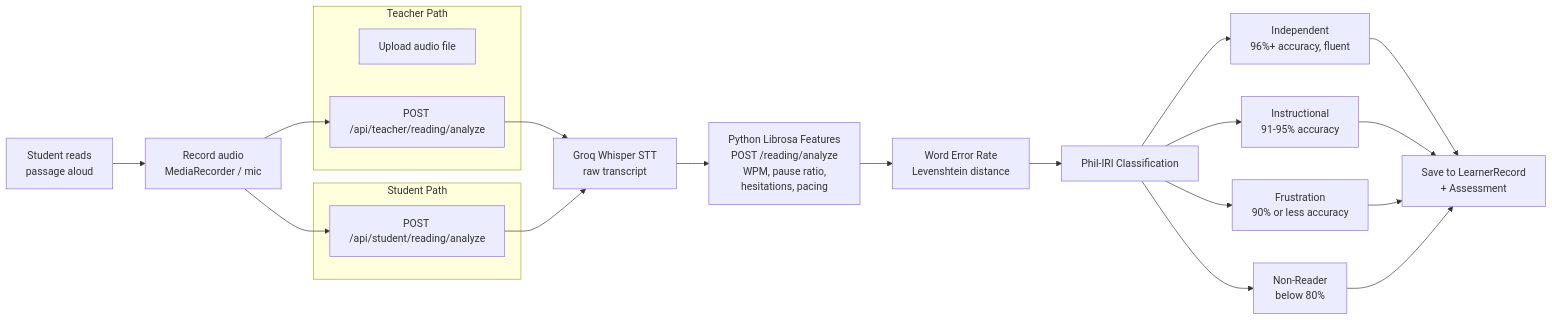
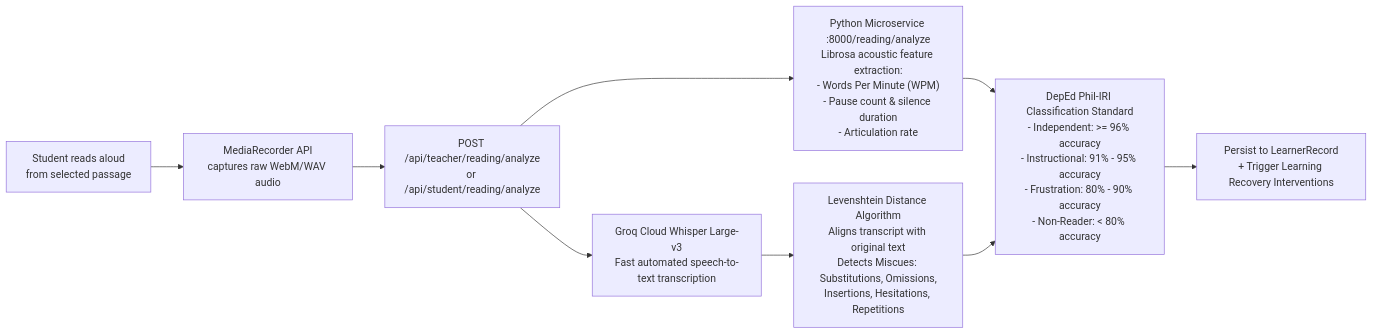
Before and after one commit to MPedrealba/AralSync: the fifth of 7 diagrams in SYSTEM_FLOW.md, drawn with Mermaid. The commit also changed other lines of this file and 24 other files, not shown here.

````diff
--- a/SYSTEM_FLOW.md
+++ b/SYSTEM_FLOW.md
@@ -193,39 +229,26 @@
 ```mermaid
 flowchart LR
-    Read["Student reads\npassage aloud"]
-    Rec["Record audio\nMediaRecorder / mic"]
+    Student["Student reads aloud\nfrom selected passage"]
+    Recorder["MediaRecorder API\ncaptures raw WebM/WAV audio"]
 
-    subgraph TeacherSide["Teacher Path"]
-        T_Upload["Upload audio file"]
-        T_Analyze["POST /api/teacher/reading/analyze"]
-    end
+    APICall["POST /api/teacher/reading/analyze\nor /api/student/reading/analyze"]
 
-    subgraph StudentSide["Student Path"]
-        S_Analyze["POST /api/student/reading/analyze"]
-    end
+    GroqWhisper["Groq Cloud Whisper Large-v3\nFast automated speech-to-text transcription"]
 
-    Whisper["Groq Whisper STT\nraw transcript"]
-    Features["Python Librosa Features\nPOST /reading/analyze\nWPM, pause ratio,\nhesitations, pacing"]
-    WER["Word Error Rate\nLevenshtein distance"]
-    PhilIRI["Phil-IRI Classification"]
-    Store["Save to LearnerRecord\n+ Assessment"]
+    Librosa["Python Microservice :8000/reading/analyze\nLibrosa acoustic feature extraction:\n- Words Per Minute (WPM)\n- Pause count & silence duration\n- Articulation rate"]
 
-    Read --> Rec
-    Rec --> T_Analyze
-    Rec --> S_Analyze
-    T_Analyze --> Whisper
-    S_Analyze --> Whisper
-    Whisper --> Features
-    Features --> WER
+    WER["Levenshtein Distance Algorithm\nAligns transcript with original text\nDetects Miscues: Substitutions, Omissions,\nInsertions, Hesitations, Repetitions"]
+
+    PhilIRI["DepEd Phil-IRI Classification Standard\n- Independent: >= 96% accuracy\n- Instructional: 91% - 95% accuracy\n- Frustration: 80% - 90% accuracy\n- Non-Reader: < 80% accuracy"]
+
+    Save["Persist to LearnerRecord\n+ Trigger Learning Recovery Interventions"]
+
+    Student --> Recorder
+    Recorder --> APICall
+    APICall --> GroqWhisper
+    APICall --> Librosa
+    GroqWhisper --> WER
+    Librosa --> PhilIRI
     WER --> PhilIRI
-
-    PhilIRI --> Ind["Independent\n96%+ accuracy, fluent"]
-    PhilIRI --> Ins["Instructional\n91-95% accuracy"]
-    PhilIRI --> Fru["Frustration\n90% or less accuracy"]
-    PhilIRI --> NR["Non-Reader\nbelow 80%"]
-
-    Ind --> Store
-    Ins --> Store
-    Fru --> Store
-    NR --> Store
+    PhilIRI --> Save
 ```
````
